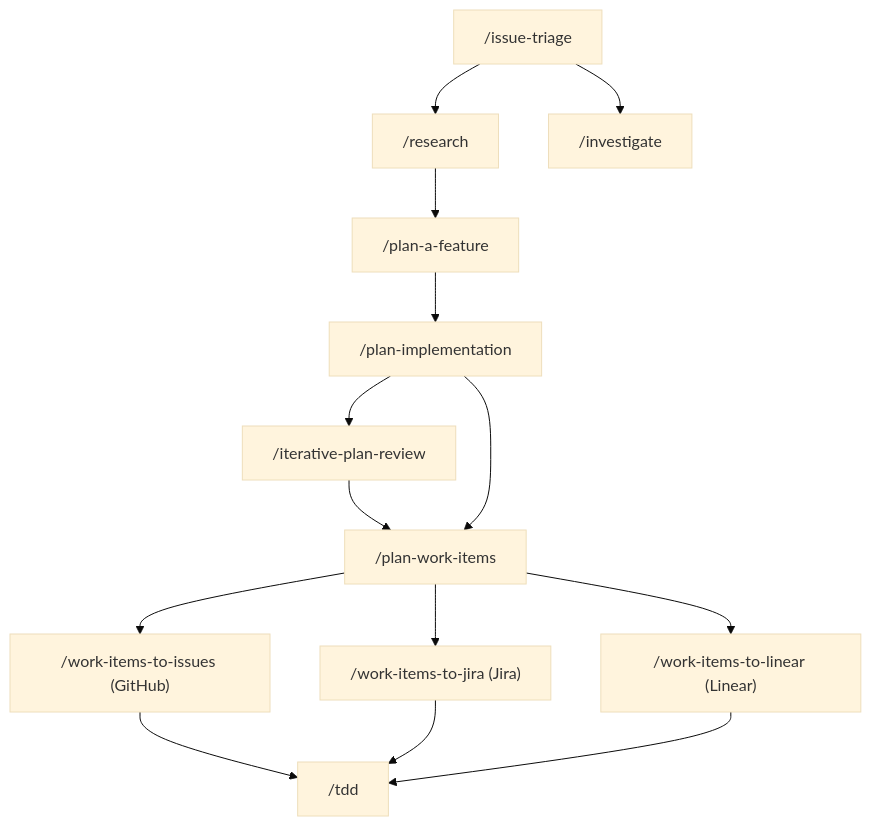
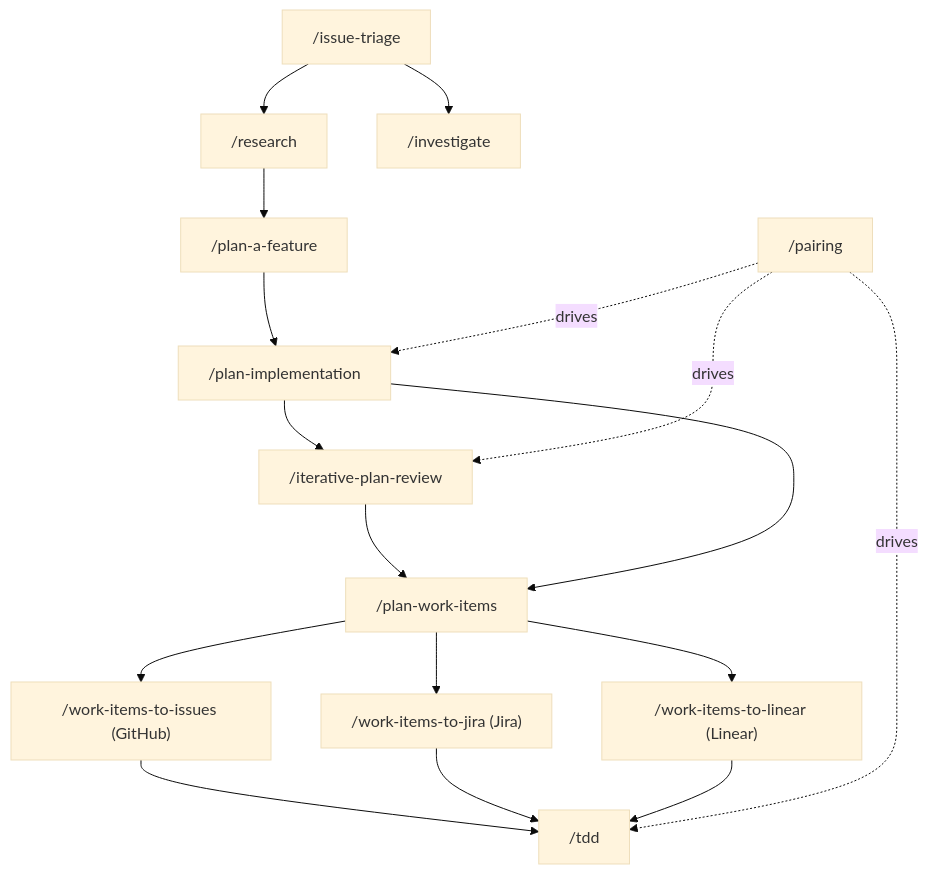
Before and after one commit to testdouble/han: the first of 5 diagrams in docs/workflows.md, drawn with Mermaid (base theme). The commit also changed other lines of this file and 12 other files, not shown here.

````diff
--- a/docs/workflows.md
+++ b/docs/workflows.md
@@ -22,16 +22,19 @@
 ```mermaid
 flowchart TD
     triage["/issue-triage"] --> research["/research"]
     triage --> investigate["/investigate"]
     research --> feature["/plan-a-feature"]
     feature --> impl["/plan-implementation"]
     impl --> review["/iterative-plan-review"]
     review --> items["/plan-work-items"]
     impl --> items
     items --> gh["/work-items-to-issues (GitHub)"]
     items --> jira["/work-items-to-jira (Jira)"]
     items --> linear["/work-items-to-linear (Linear)"]
     gh --> build["/tdd"]
     jira --> build
     linear --> build
+    pairing["/pairing"] -.drives.-> impl
+    pairing -.drives.-> review
+    pairing -.drives.-> build
 ```
````
